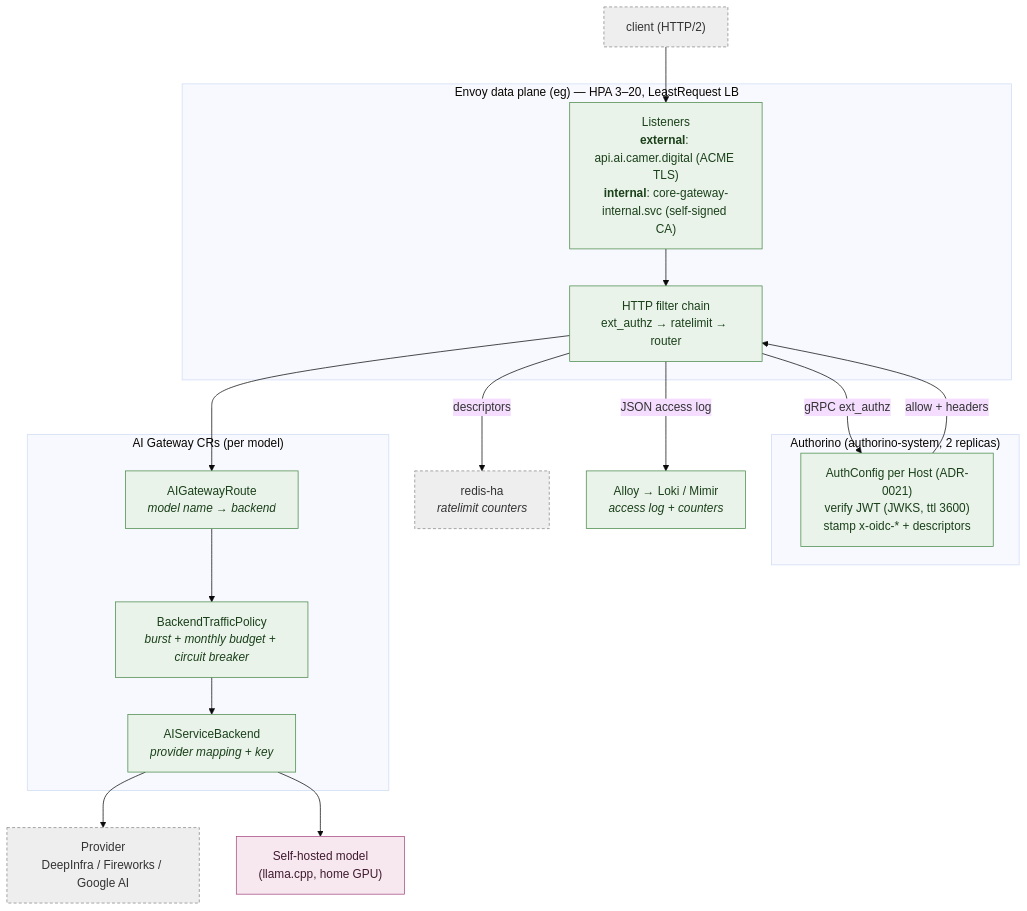
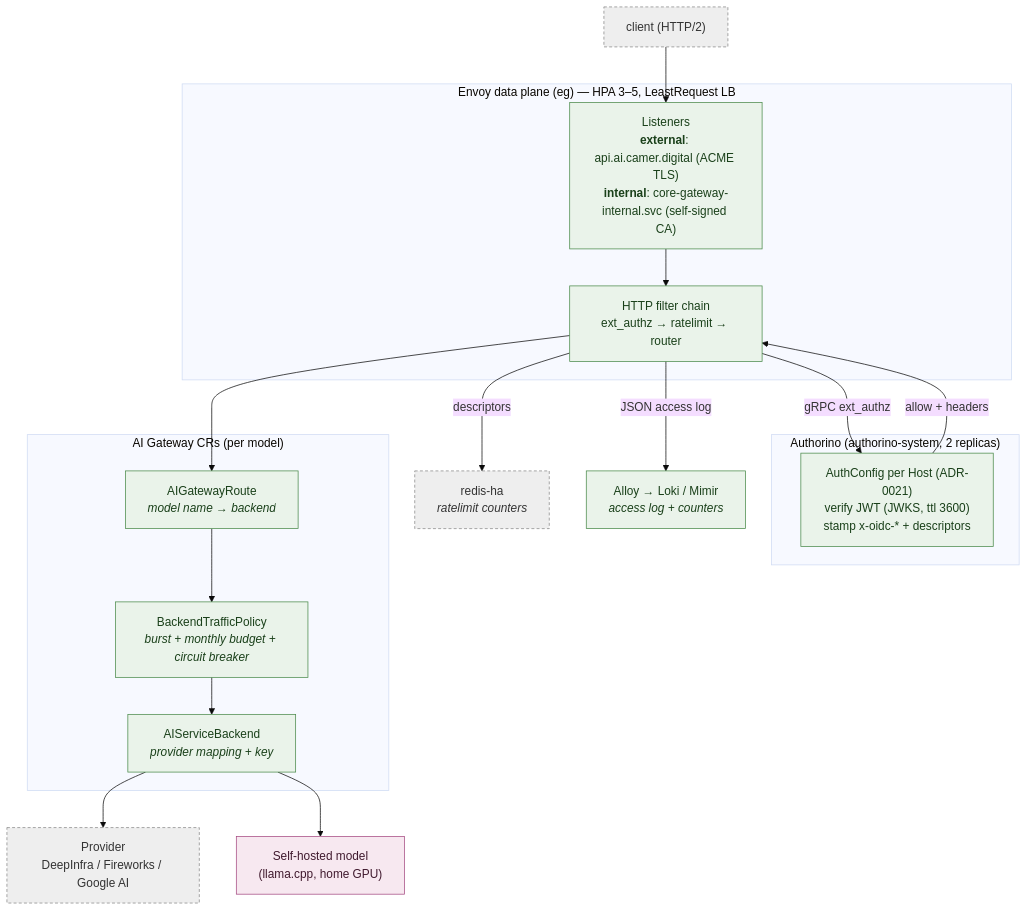
Before and after one commit to ADORSYS-GIS/ai-helm: the first of 5 diagrams in docs/architecture/03-gateway-components.md, drawn with Mermaid (base theme). The commit also changed other lines of this file and 9 other files, not shown here.

````diff
--- a/docs/architecture/03-gateway-components.md
+++ b/docs/architecture/03-gateway-components.md
@@ -9,37 +9,37 @@
 ```mermaid
 flowchart TB
     CLIENT["client (HTTP/2)"]:::ext
 
-    subgraph dp["Envoy data plane (eg) — HPA 3–20, LeastRequest LB"]
+    subgraph dp["Envoy data plane (eg) — HPA 3–5, LeastRequest LB"]
         LISTEN["Listeners<br/><b>external</b>: api.ai.camer.digital (ACME TLS)<br/><b>internal</b>: core-gateway-internal.svc (self-signed CA)"]:::own
         FILTER["HTTP filter chain<br/>ext_authz → ratelimit → router"]:::own
     end
 
     subgraph authz["Authorino (authorino-system, 2 replicas)"]
         AC["AuthConfig per Host (ADR-0021)<br/>verify JWT (JWKS, ttl 3600)<br/>stamp x-oidc-* + descriptors"]:::own
     end
 
     subgraph route["AI Gateway CRs (per model)"]
         AIR["AIGatewayRoute<br/><i>model name → backend</i>"]:::own
         BTP["BackendTrafficPolicy<br/><i>burst + monthly budget + circuit breaker</i>"]:::own
         ASB["AIServiceBackend<br/><i>provider mapping + key</i>"]:::own
     end
 
     PROV["Provider<br/>DeepInfra / Fireworks / Google AI"]:::ext
     GPU["Self-hosted model<br/>(llama.cpp, home GPU)"]:::gpu
     REDIS["redis-ha<br/><i>ratelimit counters</i>"]:::ext
     OBS["Alloy → Loki / Mimir<br/><i>access log + counters</i>"]:::own
 
     CLIENT --> LISTEN --> FILTER
     FILTER -->|"gRPC ext_authz"| AC
     AC -->|allow + headers| FILTER
     FILTER -->|descriptors| REDIS
     FILTER --> AIR --> BTP --> ASB
     ASB --> PROV
     ASB --> GPU
     FILTER -->|"JSON access log"| OBS
 
     classDef own fill:#eaf3ea,stroke:#4a8a4a,color:#1a401a;
     classDef ext fill:#eee,stroke:#888,color:#333,stroke-dasharray:4 3;
     classDef gpu fill:#f7e8f0,stroke:#a54a81,color:#401a2e;
 ```
````
